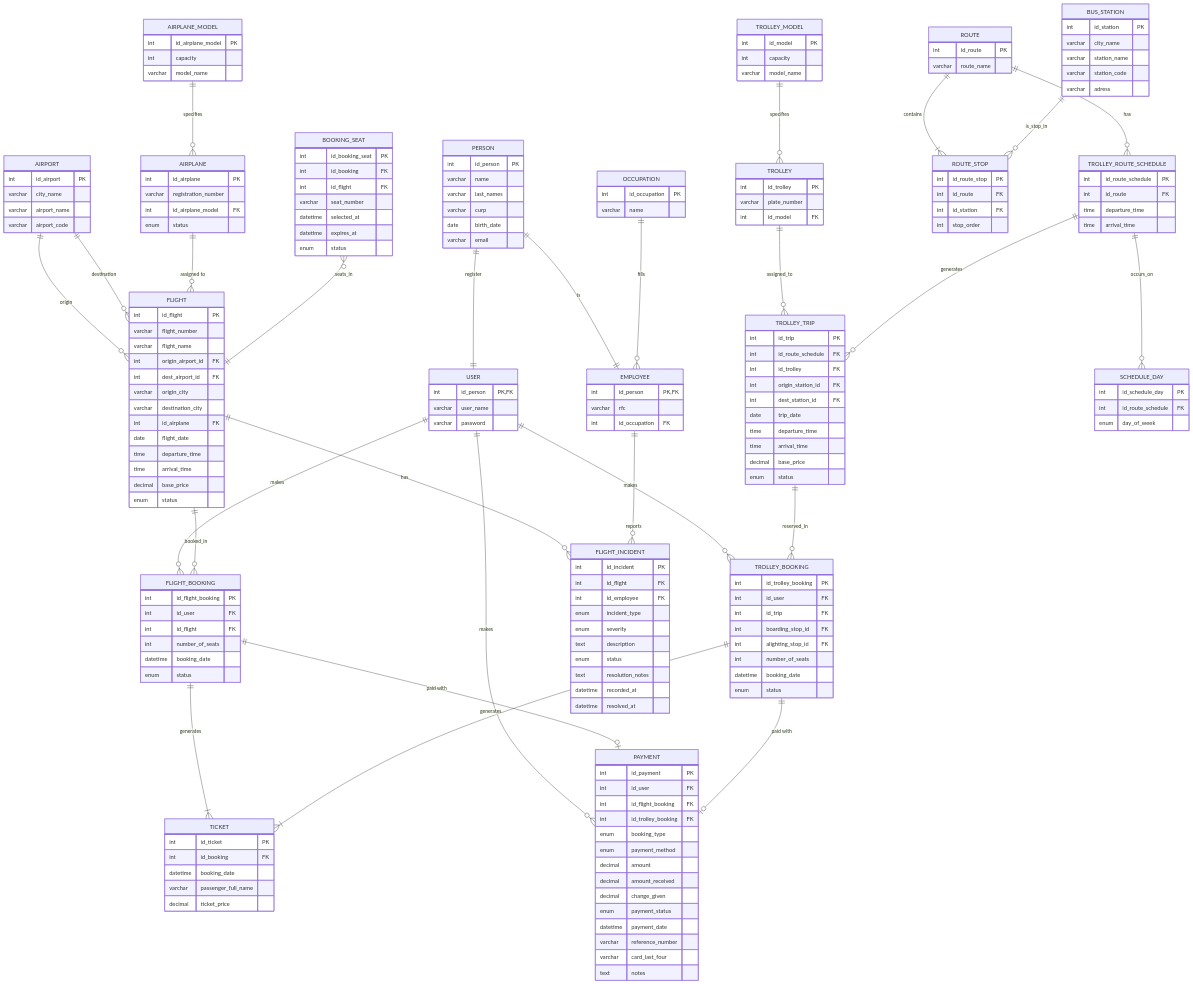
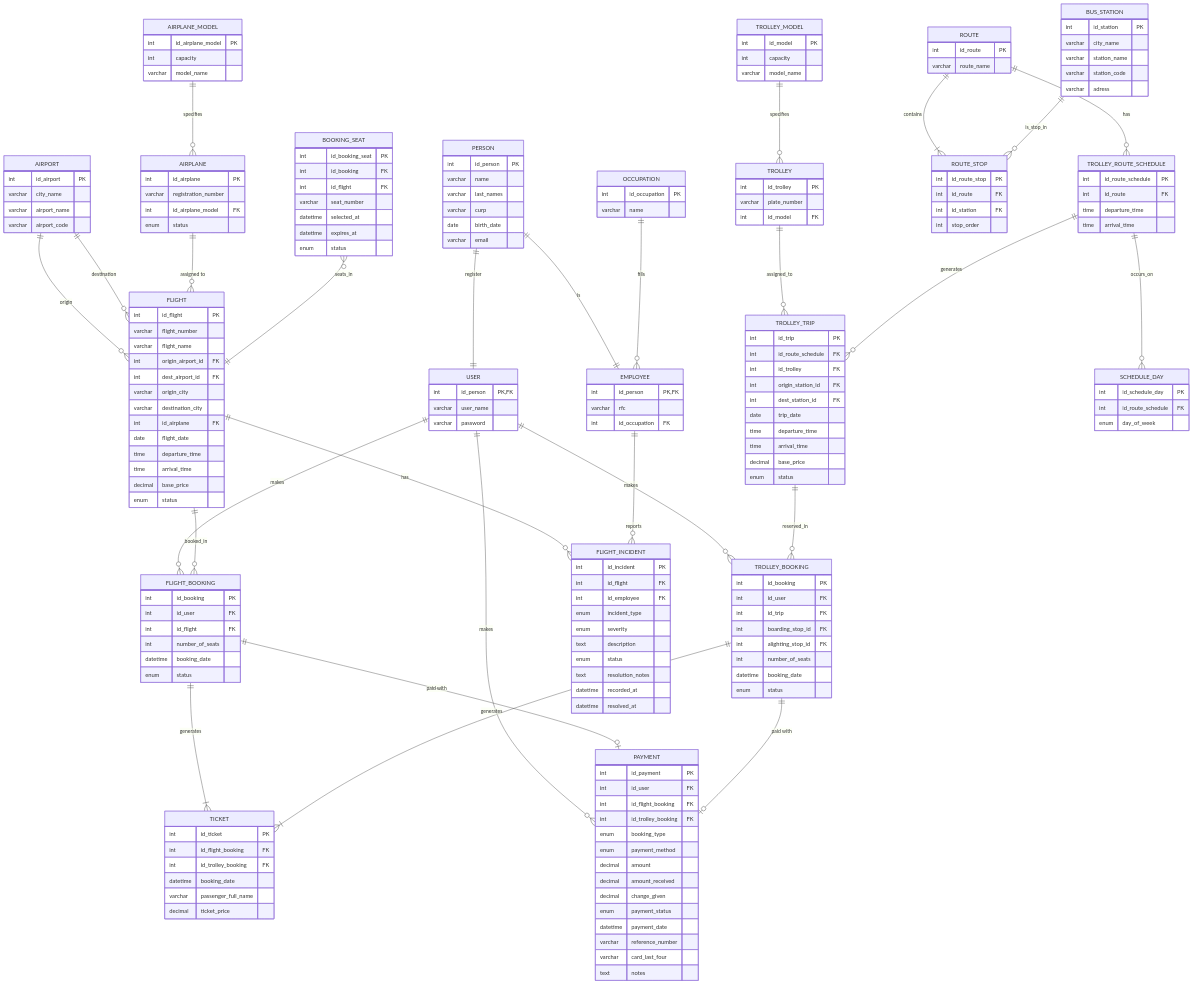
One commit to daniellopezcabrera/cbtis47-db-turismo-2026 changed the diagram in docs/normalization_report.mmd. Above: the diagram before and after it, drawn with Mermaid.

```diff
--- a/docs/normalization_report.mmd
+++ b/docs/normalization_report.mmd
@@ -62,7 +62,7 @@
     int id_airplane_model FK
     enum status
 }
-%% status (scheduled, boarding, departed, cancelled)
+%% status (scheduled, boarding, departed, completed, canceled)
 FLIGHT {
     int id_flight PK
     varchar flight_number
@@ -98,7 +98,7 @@
 AIRPLANE ||--o{ FLIGHT : "assigned to"
 
 BOOKING_SEAT }o--||FLIGHT:seats_in
-%% status (confirmed, selected, expired, cancelled)
+%% status (confirmed, selected, expired, canceled)
 BOOKING_SEAT{
      int id_booking_seat PK
      int id_booking FK
@@ -111,8 +111,9 @@
 
 
     FLIGHT ||--o{ FLIGHT_BOOKING : booked_in
+    %% status (confirmed, pending, expired, canceled)
     FLIGHT_BOOKING {
-        int id_flight_booking PK
+        int id_booking PK
         int id_user FK
         int id_flight FK
         int number_of_seats
@@ -124,7 +125,8 @@
 
     TICKET {
         int id_ticket PK
-        int id_booking FK
+        int id_flight_booking FK
+        int id_trolley_booking FK
         datetime booking_date
         varchar passenger_full_name
         decimal ticket_price
@@ -212,7 +214,7 @@
     TROLLEY_BOOKING ||--|{ TICKET : generates
 
     TROLLEY_BOOKING {
-        int id_trolley_booking PK
+        int id_booking PK
         int id_user FK
         int id_trip FK
         int boarding_stop_id FK
```
